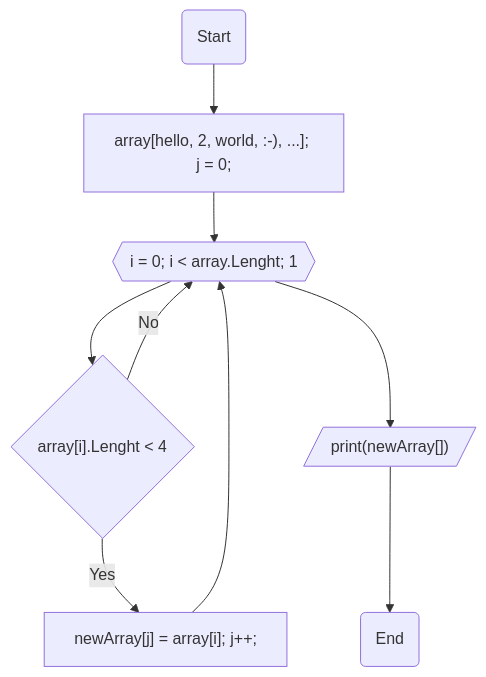
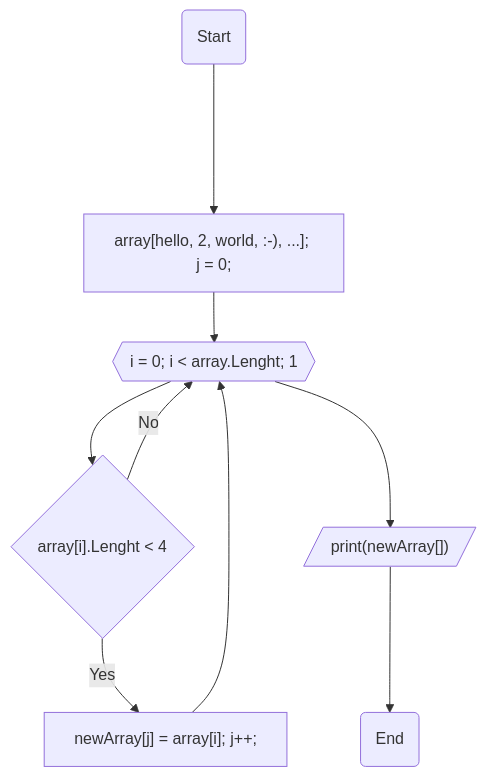
The diagram in README.md (Adalberto777/FinalTestWork), drawn with Mermaid before and after one commit.

Commit message:
block diagram

````diff
--- a/README.md
+++ b/README.md
@@ -14,11 +14,11 @@
 ```mermaid
   graph TB;       
-    node1(Start)  --> node2["array[hello, 2, world, :-), ...]; j = 0;"];
+    node1(Start)  ----> node2["array[hello, 2, world, :-), ...]; j = 0;"];
     node2["array[hello, 2, world, :-), ...]; j = 0;"] --> node3{{"i = 0; i < array.Lenght; 1"}};
     node3{{"i = 0; i < array.Lenght; 1"}} --> node4{"array[i].Lenght < 4"};
     node4{"array[i].Lenght < 4"} -- Yes --> node5["newArray[j] = array[i]; j++;"];
     node5["newArray[j] = array[i]; j++;"] --> node3{{"i = 0; i < array.Lenght; 1"}};
     node4{"array[i].Lenght < 4"} -- No --> node3{{"i=0; i<array.Lenght;1"}};
     node3{{"i = 0; i < array.Lenght; 1"}} --> node6[/"print(newArray[])"/];
     node6[/"print(newArray[])"/] --> node7("End");
 ```
````
